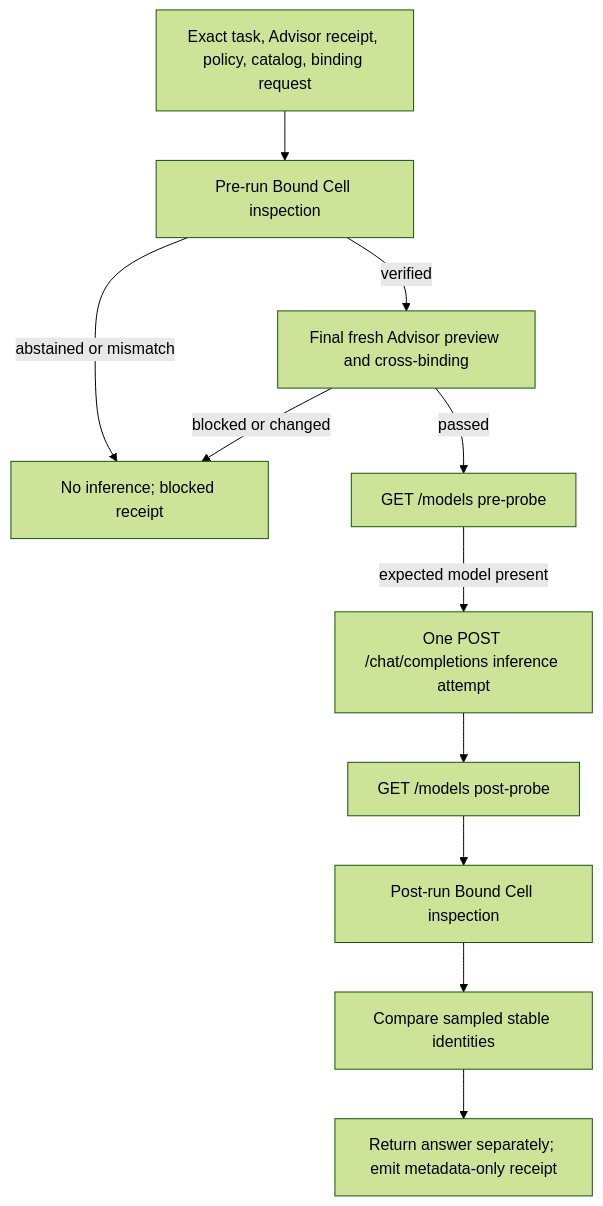
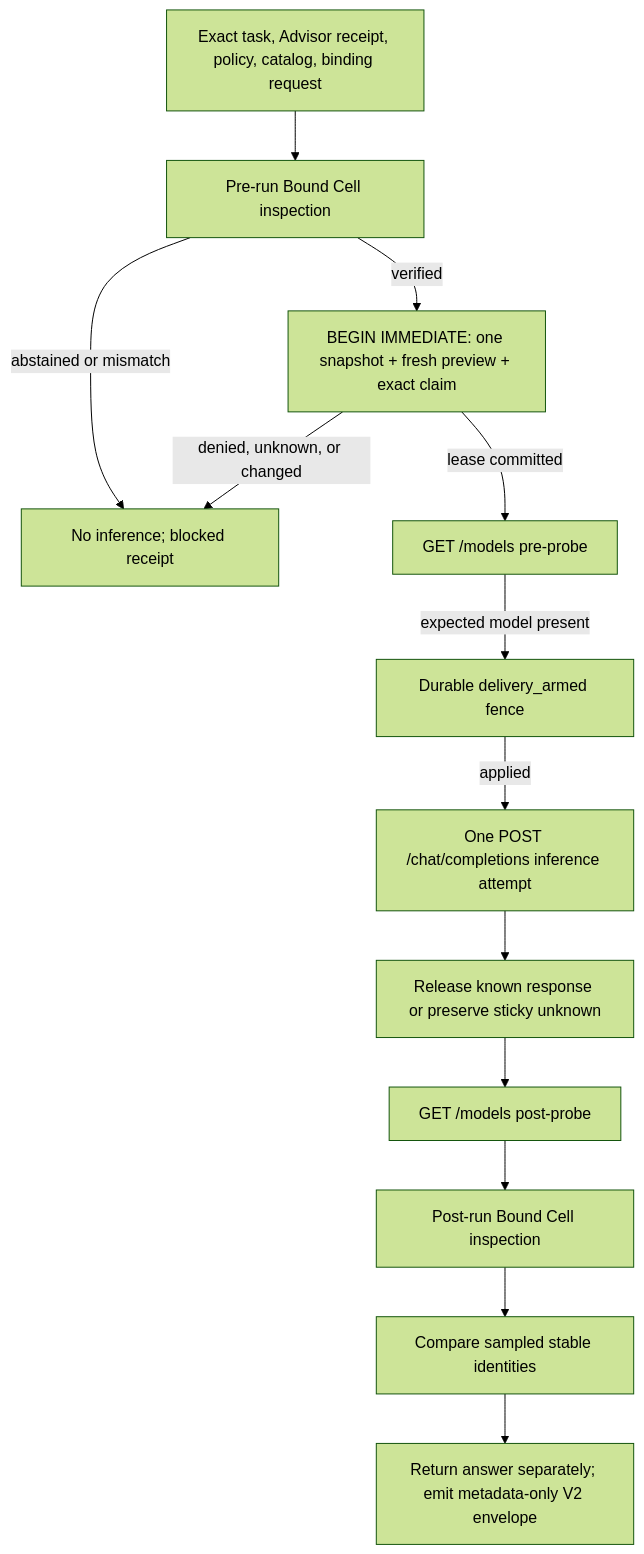
One commit to aantenore/myMoE changed the diagram in docs/bound-cell-run.md. Above: the diagram before and after it, drawn with Mermaid (forest theme). The commit also changed other lines of this file and 29 other files, not shown here.

````diff
--- a/docs/bound-cell-run.md
+++ b/docs/bound-cell-run.md
@@ -73,13 +75,15 @@
 ```mermaid
 flowchart TD
   I["Exact task, Advisor receipt, policy, catalog, binding request"] --> A["Pre-run Bound Cell inspection"]
   A -->|"abstained or mismatch"| B["No inference; blocked receipt"]
-  A -->|"verified"| P["Final fresh Advisor preview and cross-binding"]
-  P -->|"blocked or changed"| B
-  P -->|"passed"| G1["GET /models pre-probe"]
-  G1 -->|"expected model present"| C["One POST /chat/completions inference attempt"]
-  C --> G2["GET /models post-probe"]
+  A -->|"verified"| L["BEGIN IMMEDIATE: one snapshot + fresh preview + exact claim"]
+  L -->|"denied, unknown, or changed"| B
+  L -->|"lease committed"| G1["GET /models pre-probe"]
+  G1 -->|"expected model present"| F["Durable delivery_armed fence"]
+  F -->|"applied"| C["One POST /chat/completions inference attempt"]
+  C --> S["Release known response or preserve sticky unknown"]
+  S --> G2["GET /models post-probe"]
   G2 --> Q["Post-run Bound Cell inspection"]
   Q --> R["Compare sampled stable identities"]
-  R --> O["Return answer separately; emit metadata-only receipt"]
+  R --> O["Return answer separately; emit metadata-only V2 envelope"]
 ```
````
